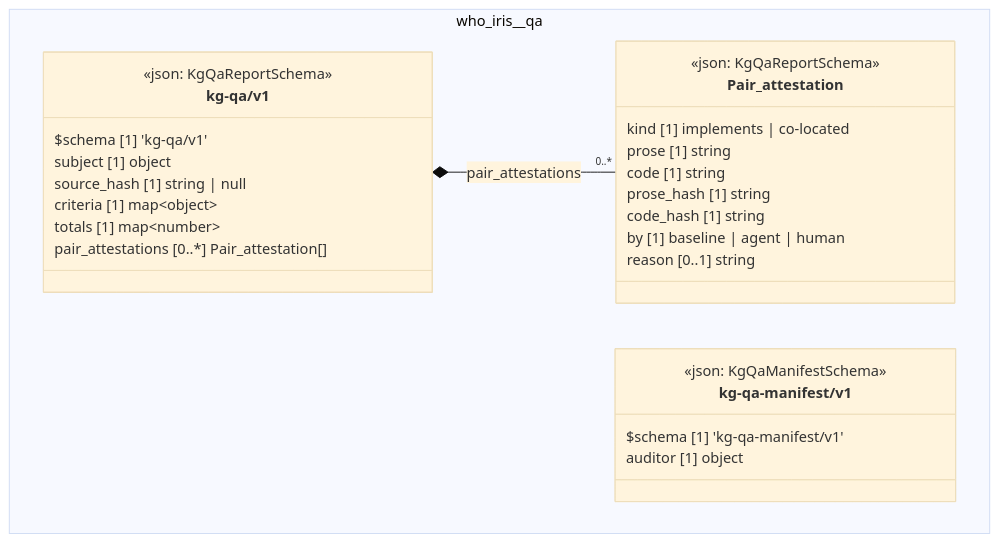
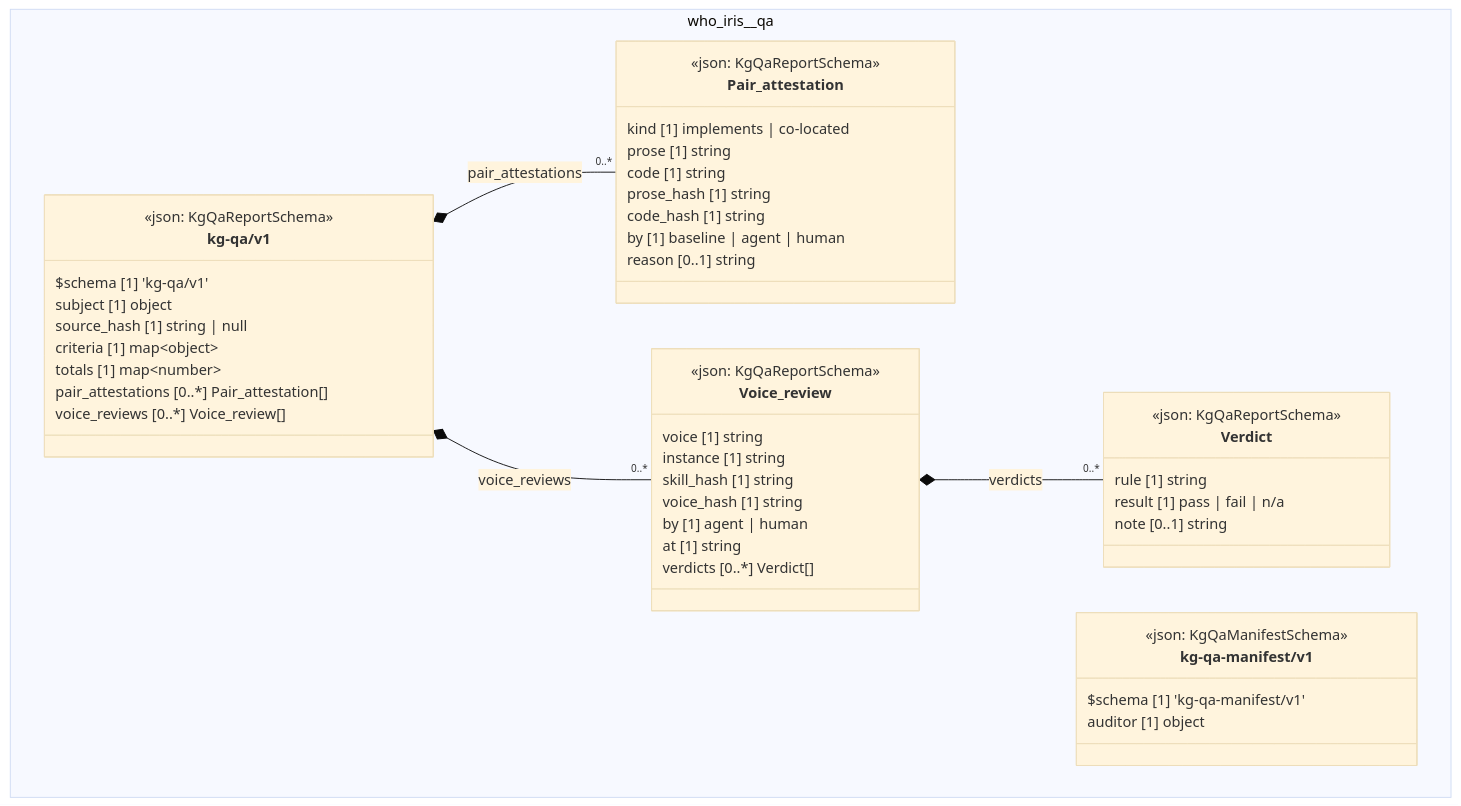
Before and after one commit to litlfred/folio-assistant: the diagram in cat-harness/docs/uml/overview/who-iris/qa.md, drawn with Mermaid (base theme). The commit also changed 573 other files, not shown here.

First line of the commit message:
rkqp: agentic review axis for skills against the skill voices

````diff
--- a/cat-harness/docs/uml/overview/who-iris/qa.md
+++ b/cat-harness/docs/uml/overview/who-iris/qa.md
@@ -42,34 +42,55 @@
 ```mermaid
 classDiagram
   direction TB
   namespace who_iris__qa {
     class who_iris_qa_kg_qa_v1_Pair_attestation["Pair_attestation"] {
       <<json: KgQaReportSchema>>
       kind [1] implements | co-located
       prose [1] string
       code [1] string
       prose_hash [1] string
       code_hash [1] string
       by [1] baseline | agent | human
       reason [0..1] string
     }
+    class who_iris_qa_kg_qa_v1_Verdict["Verdict"] {
+      <<json: KgQaReportSchema>>
+      rule [1] string
+      result [1] pass | fail | n/a
+      note [0..1] string
+    }
+    class who_iris_qa_kg_qa_v1_Voice_review["Voice_review"] {
+      <<json: KgQaReportSchema>>
+      voice [1] string
+      instance [1] string
+      skill_hash [1] string
+      voice_hash [1] string
+      by [1] agent | human
+      at [1] string
+      verdicts [0..*] Verdict[]
+    }
     class who_iris_qa_kg_qa_v1_kg_qa_v1["kg-qa/v1"] {
       <<json: KgQaReportSchema>>
       $schema [1] 'kg-qa/v1'
       subject [1] object
       source_hash [1] string | null
       criteria [1] map~object~
       totals [1] map~number~
       pair_attestations [0..*] Pair_attestation[]
+      voice_reviews [0..*] Voice_review[]
     }
     class who_iris_qa_kg_qa_manifest_v1_kg_qa_manifest_v1["kg-qa-manifest/v1"] {
       <<json: KgQaManifestSchema>>
       $schema [1] 'kg-qa-manifest/v1'
       auditor [1] object
     }
   }
   who_iris_qa_kg_qa_v1_kg_qa_v1 *-- "0..*" who_iris_qa_kg_qa_v1_Pair_attestation : pair_attestations
+  who_iris_qa_kg_qa_v1_Voice_review *-- "0..*" who_iris_qa_kg_qa_v1_Verdict : verdicts
+  who_iris_qa_kg_qa_v1_kg_qa_v1 *-- "0..*" who_iris_qa_kg_qa_v1_Voice_review : voice_reviews
   cssClass "who_iris_qa_kg_qa_v1_Pair_attestation" fa_uml_kind_qa
+  cssClass "who_iris_qa_kg_qa_v1_Verdict" fa_uml_kind_qa
+  cssClass "who_iris_qa_kg_qa_v1_Voice_review" fa_uml_kind_qa
   cssClass "who_iris_qa_kg_qa_v1_kg_qa_v1" fa_uml_kind_qa
   cssClass "who_iris_qa_kg_qa_manifest_v1_kg_qa_manifest_v1" fa_uml_kind_qa
 ```
````
